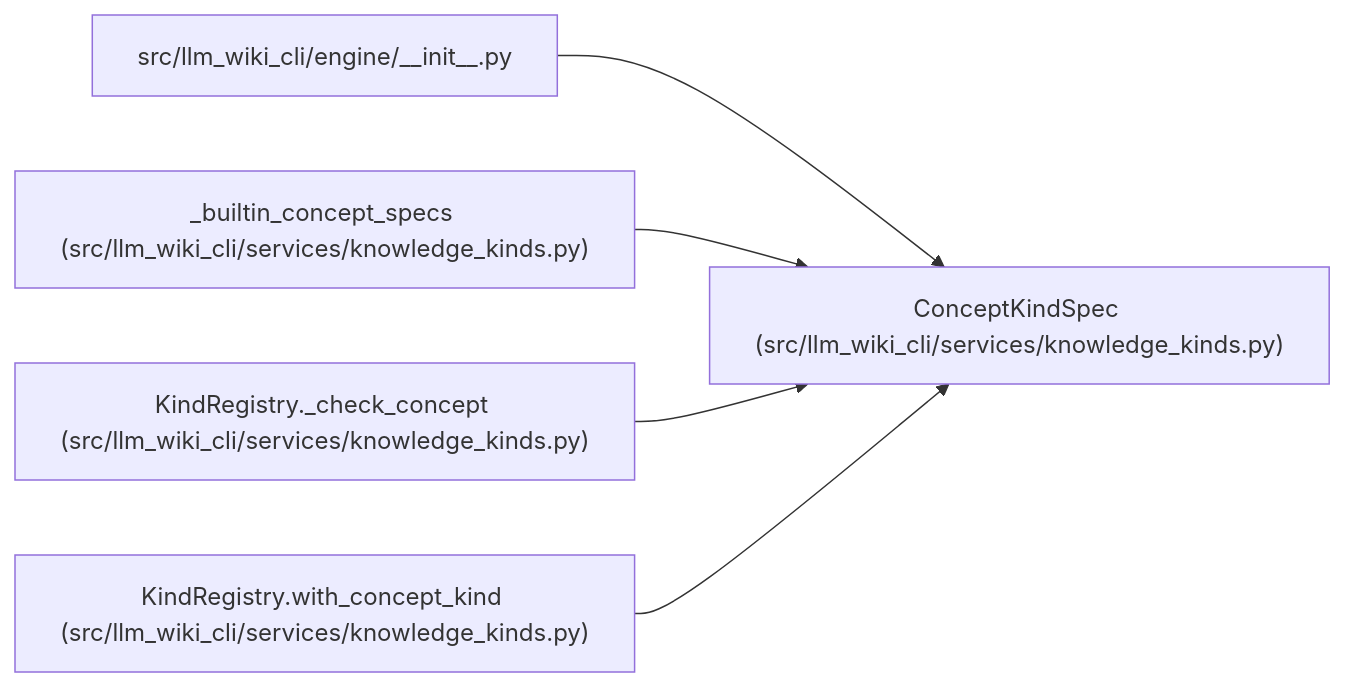
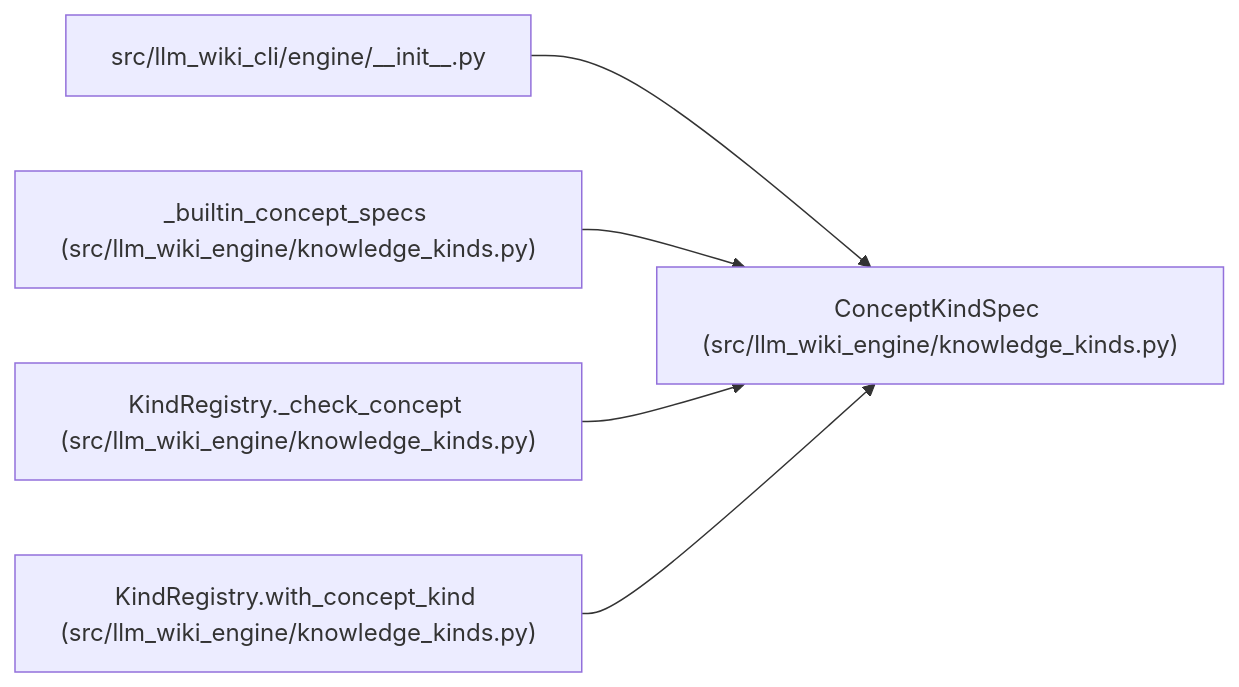
Before and after one commit to Denissvgn/python-wiki-llm: the diagram in docs/llm_wiki/entities/ConceptKindSpec.md, drawn with Mermaid. The commit also changed other lines of this file and 1058 other files, not shown here.

First line of the commit message:
docs: refresh the wiki for the knowledge store move

````diff
--- a/docs/llm_wiki/entities/ConceptKindSpec.md
+++ b/docs/llm_wiki/entities/ConceptKindSpec.md
@@ -32,17 +32,17 @@
 ```mermaid
 flowchart LR
-    n0["ConceptKindSpec (src/llm_wiki_cli/services/knowledge_kinds.py)"]
+    n0["ConceptKindSpec (src/llm_wiki_engine/knowledge_kinds.py)"]
     n1["src/llm_wiki_cli/engine/__init__.py"]
-    n2["_builtin_concept_specs (src/llm_wiki_cli/services/knowledge_kinds.py)"]
-    n3["KindRegistry._check_concept (src/llm_wiki_cli/services/knowledge_kinds.py)"]
-    n4["KindRegistry.with_concept_kind (src/llm_wiki_cli/services/knowledge_kinds.py)"]
+    n2["_builtin_concept_specs (src/llm_wiki_engine/knowledge_kinds.py)"]
+    n3["KindRegistry._check_concept (src/llm_wiki_engine/knowledge_kinds.py)"]
+    n4["KindRegistry.with_concept_kind (src/llm_wiki_engine/knowledge_kinds.py)"]
     n1 --> n0
     n2 --> n0
     n3 --> n0
     n4 --> n0
     click n0 "../modules/knowledge_kinds.md"
     click n1 "../modules/engine___init__.md"
     click n2 "../modules/knowledge_kinds.md"
     click n3 "../modules/knowledge_kinds.md"
     click n4 "../modules/knowledge_kinds.md"
 ```
````
